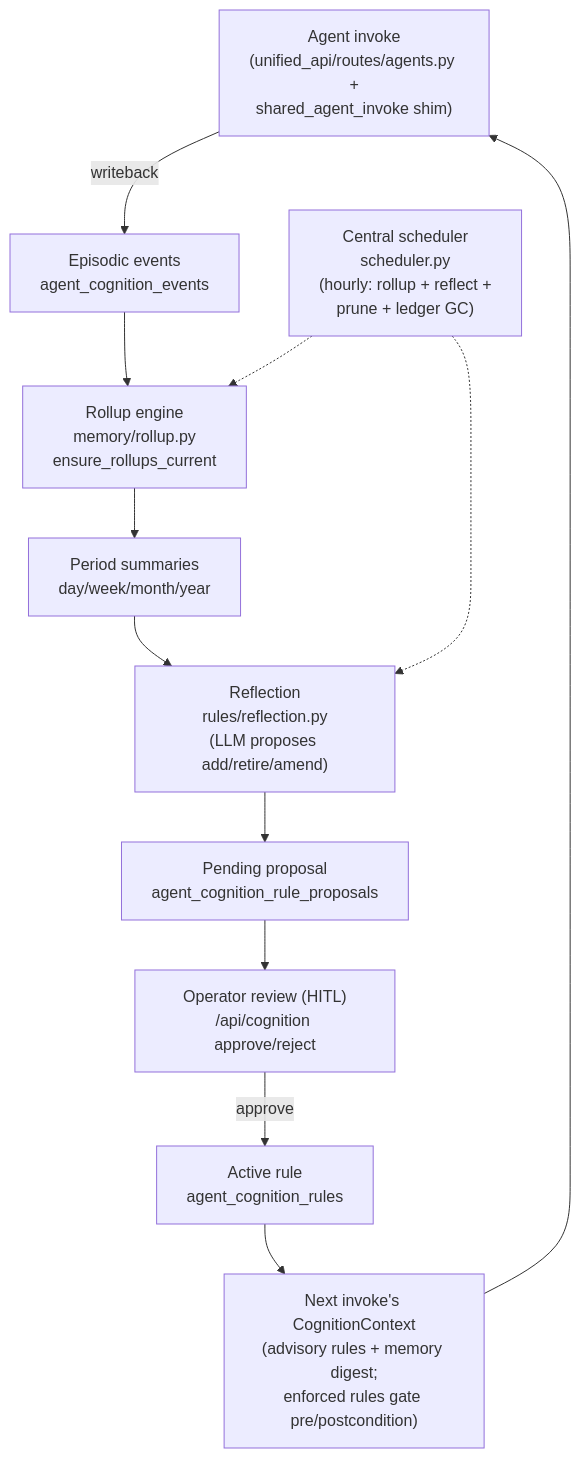
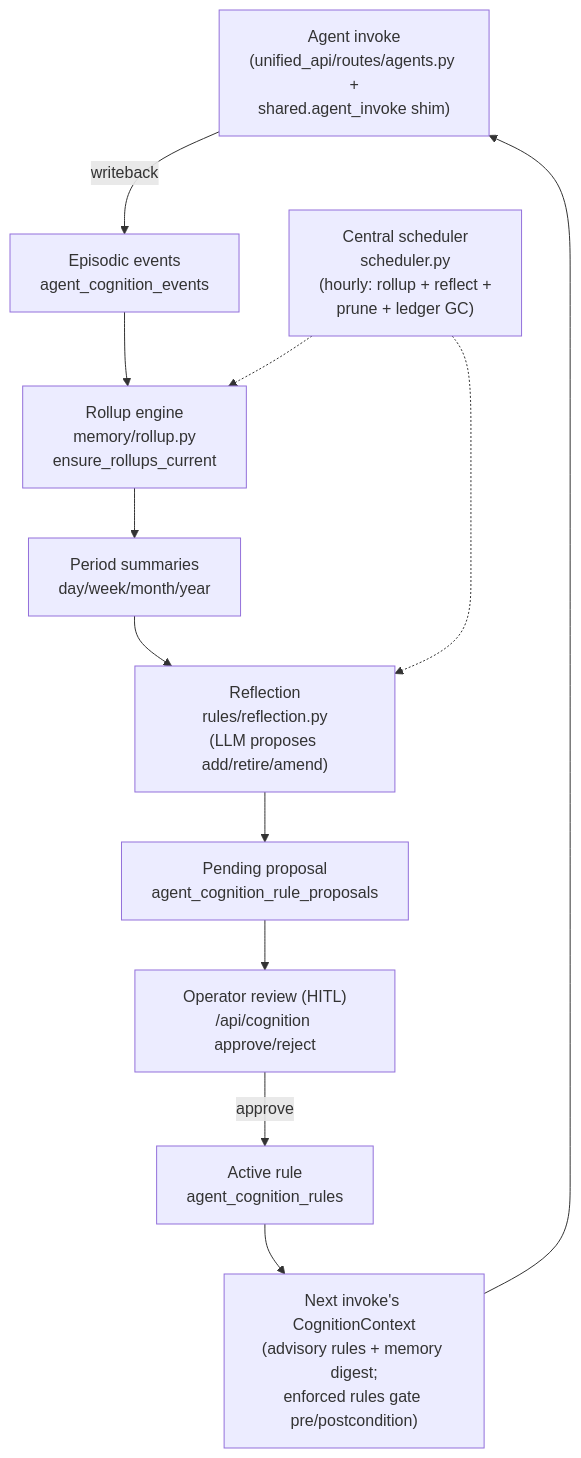
Diagram 14 of 15 in docs/ARCHITECTURE.md (brandonkindred/Khala-Agentic-AI-Teams), drawn with Mermaid before and after one commit. The commit also changed other lines of this file and 575 other files, not shown here.

````diff
--- a/docs/ARCHITECTURE.md
+++ b/docs/ARCHITECTURE.md
@@ -618,20 +618,20 @@
 ```mermaid
 flowchart TB
-    Invoke["Agent invoke\n(unified_api/routes/agents.py +\nshared_agent_invoke shim)"]
+    Invoke["Agent invoke\n(unified_api/routes/agents.py +\nshared.agent_invoke shim)"]
     Events["Episodic events\nagent_cognition_events"]
     Rollup["Rollup engine\nmemory/rollup.py\nensure_rollups_current"]
     Summaries["Period summaries\nday/week/month/year"]
     Reflect["Reflection\nrules/reflection.py\n(LLM proposes add/retire/amend)"]
     Proposal["Pending proposal\nagent_cognition_rule_proposals"]
     HITL["Operator review (HITL)\n/api/cognition approve/reject"]
     Active["Active rule\nagent_cognition_rules"]
     Context["Next invoke's CognitionContext\n(advisory rules + memory digest;\nenforced rules gate pre/postcondition)"]
 
     Invoke -->|writeback| Events
     Events --> Rollup --> Summaries
     Summaries --> Reflect --> Proposal
     Proposal --> HITL -->|approve| Active
     Active --> Context --> Invoke
     Scheduler["Central scheduler\nscheduler.py\n(hourly: rollup + reflect +\nprune + ledger GC)"] -.-> Rollup
     Scheduler -.-> Reflect
 ```
````
